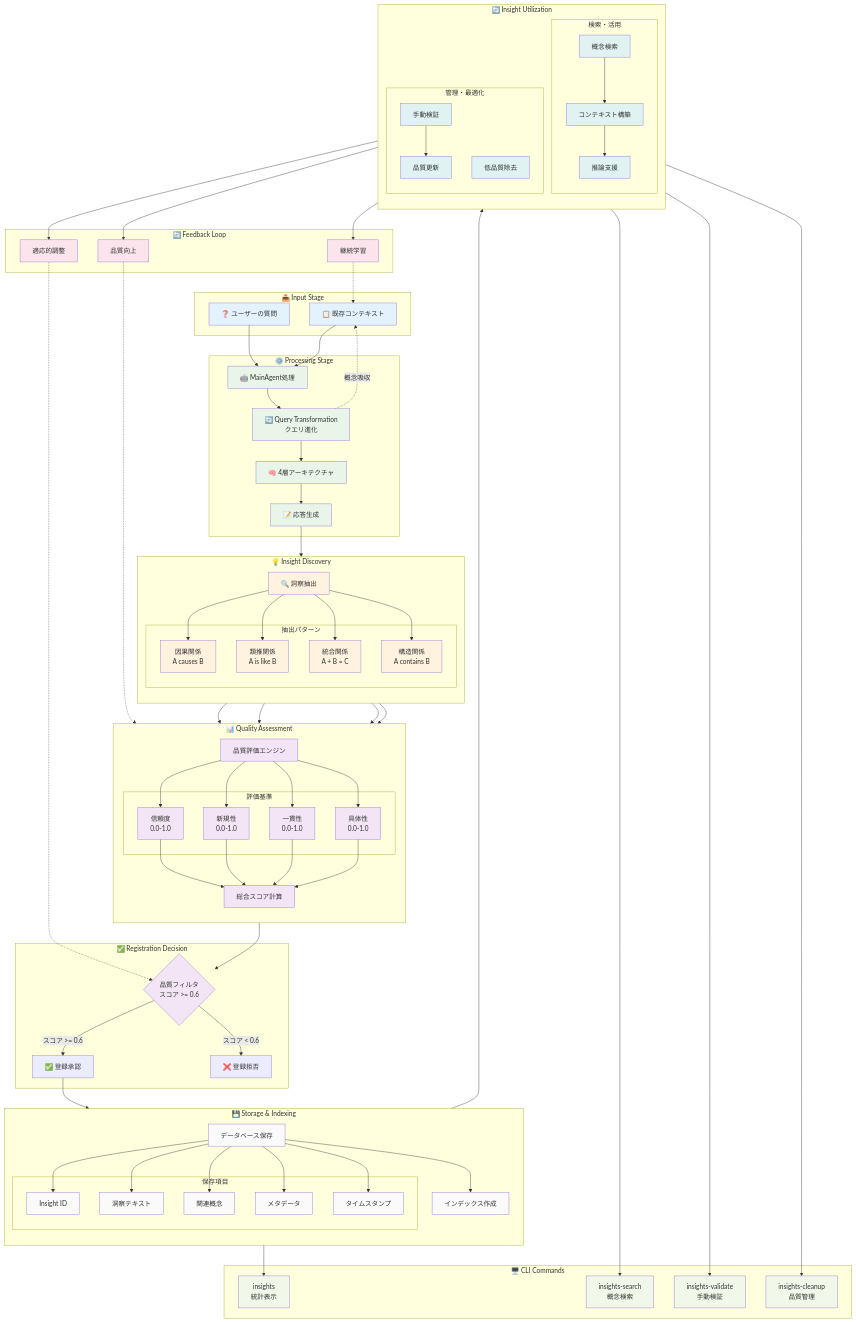
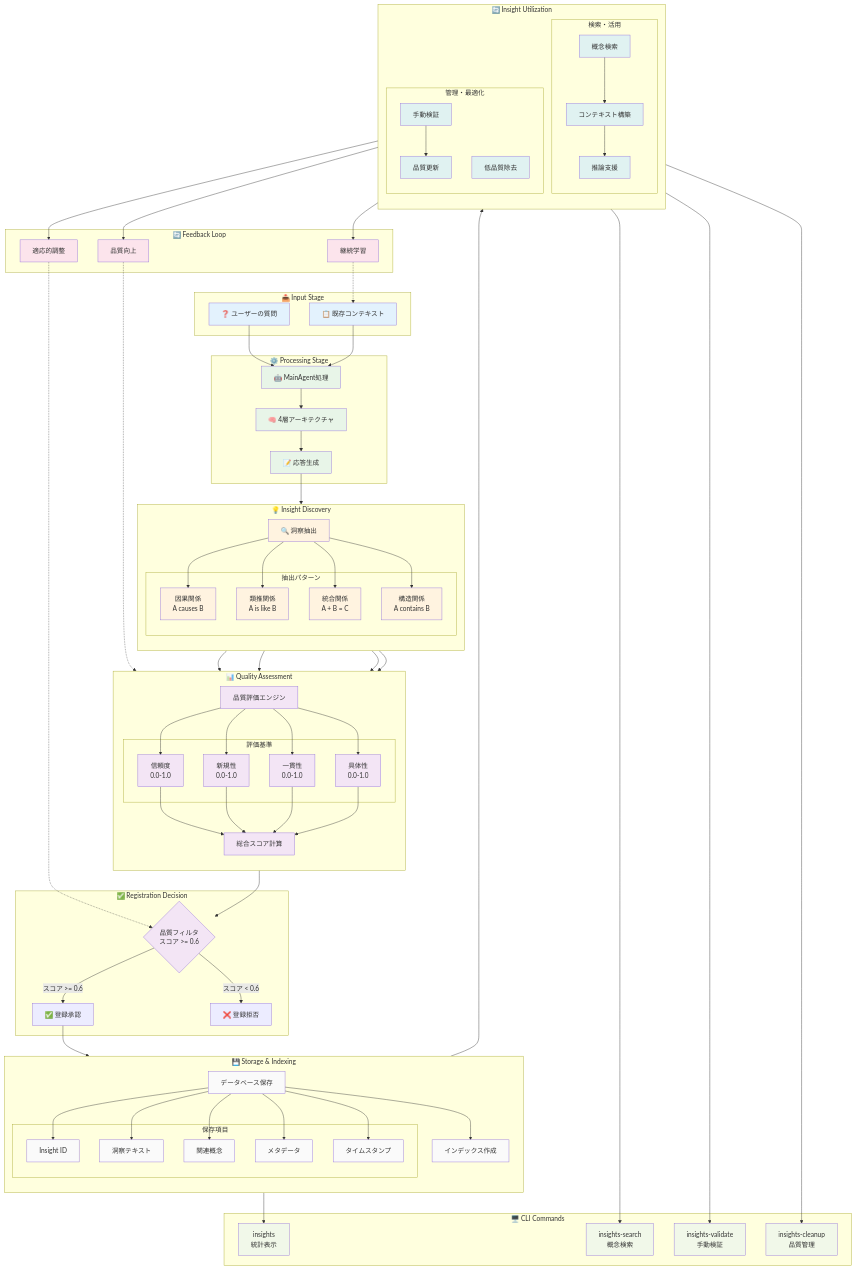
One commit to miyauchikazuyoshi/InsightSpike-AI changed the diagram in docs/diagrams/INSIGHT_LIFECYCLE.mermaid. Above: the diagram before and after it, drawn with Mermaid. The commit also changed 429 other files, not shown here.

First line of the commit message:
feat: Major refactoring - migrate to Pydantic config and reorganize architecture

```diff
--- a/docs/diagrams/INSIGHT_LIFECYCLE.mermaid
+++ b/docs/diagrams/INSIGHT_LIFECYCLE.mermaid
@@ -1,177 +1,174 @@
 %% Insight Lifecycle Flow
 %% 洞察の発見から活用までのライフサイクル
 
 flowchart TD
     %% Input Stage
     subgraph "📥 Input Stage"
         Question[❓ ユーザーの質問]
         Context[📋 既存コンテキスト]
     end
     
     %% Processing Stage
     subgraph "⚙️ Processing Stage"
         Agent[🤖 MainAgent処理]
-        QT[🔄 Query Transformation<br/>クエリ進化]
         Layers[🧠 4層アーキテクチャ]
         Response[📝 応答生成]
     end
     
     %% Insight Discovery
     subgraph "💡 Insight Discovery"
         direction TB
         Extract[🔍 洞察抽出]
         
         subgraph "抽出パターン"
             Pattern1[因果関係<br/>A causes B]
             Pattern2[類推関係<br/>A is like B]
             Pattern3[統合関係<br/>A + B = C]
             Pattern4[構造関係<br/>A contains B]
         end
         
         Extract --> Pattern1
         Extract --> Pattern2
         Extract --> Pattern3
         Extract --> Pattern4
     end
     
     %% Quality Assessment
     subgraph "📊 Quality Assessment"
         direction TB
         Evaluate[品質評価エンジン]
         
         subgraph "評価基準"
             Conf[信頼度<br/>0.0-1.0]
             Novel[新規性<br/>0.0-1.0]
             Coher[一貫性<br/>0.0-1.0]
             Spec[具体性<br/>0.0-1.0]
         end
         
         Evaluate --> Conf
         Evaluate --> Novel
         Evaluate --> Coher
         Evaluate --> Spec
         
         Score[総合スコア計算]
         Conf --> Score
         Novel --> Score
         Coher --> Score
         Spec --> Score
     end
     
     %% Registration Decision
     subgraph "✅ Registration Decision"
         Filter{品質フィルタ<br/>スコア >= 0.6}
         Accept[✅ 登録承認]
         Reject[❌ 登録拒否]
     end
     
     %% Storage & Indexing
     subgraph "💾 Storage & Indexing"
         direction TB
         Store[データベース保存]
         Index[インデックス作成]
         
         subgraph "保存項目"
             ID[Insight ID]
             Text[洞察テキスト]
             Concepts[関連概念]
             Meta[メタデータ]
             Timestamp[タイムスタンプ]
         end
         
         Store --> ID
         Store --> Text
         Store --> Concepts
         Store --> Meta
         Store --> Timestamp
     end
     
     %% Insight Utilization
     subgraph "🔄 Insight Utilization"
         direction TB
         
         subgraph "検索・活用"
             Search[概念検索]
             Context_Build[コンテキスト構築]
             Reasoning[推論支援]
         end
         
         subgraph "管理・最適化"
             Validate[手動検証]
             Update[品質更新]
             Cleanup[低品質除去]
         end
     end
     
     %% Feedback Loop
     subgraph "🔄 Feedback Loop"
         Learn[継続学習]
         Improve[品質向上]
         Adapt[適応的調整]
     end
     
     %% Flow Connections
     Question --> Agent
     Context --> Agent
-    Agent --> QT
-    QT --> Layers
-    QT -.->|概念吸収| Context
+    Agent --> Layers
     Layers --> Response
     Response --> Extract
     
     Pattern1 --> Evaluate
     Pattern2 --> Evaluate
     Pattern3 --> Evaluate
     Pattern4 --> Evaluate
     
     Score --> Filter
     Filter -->|スコア >= 0.6| Accept
     Filter -->|スコア < 0.6| Reject
     
     Accept --> Store
     Store --> Index
     Index --> Search
     
     Search --> Context_Build
     Context_Build --> Reasoning
     Reasoning --> Learn
     
     Validate --> Update
     Update --> Improve
     Cleanup --> Adapt
     
     Learn -.-> Context
     Improve -.-> Evaluate
     Adapt -.-> Filter
     
     %% CLI Commands Integration
     subgraph "🖥️ CLI Commands"
         CMD1[insights<br/>統計表示]
         CMD2[insights-search<br/>概念検索]
         CMD3[insights-validate<br/>手動検証]
         CMD4[insights-cleanup<br/>品質管理]
     end
     
     Index --> CMD1
     Search --> CMD2
     Validate --> CMD3
     Cleanup --> CMD4
     
     %% Styling
     classDef input fill:#e3f2fd
     classDef process fill:#e8f5e8
     classDef discovery fill:#fff3e0
     classDef quality fill:#f3e5f5
     classDef storage fill:#fafafa
     classDef utilization fill:#e0f2f1
     classDef feedback fill:#fce4ec
     classDef cli fill:#f1f8e9
     
     class Question,Context input
     class Agent,QT,Layers,Response process
     class Extract,Pattern1,Pattern2,Pattern3,Pattern4 discovery
     class Evaluate,Conf,Novel,Coher,Spec,Score,Filter quality
     class Store,Index,ID,Text,Concepts,Meta,Timestamp storage
     class Search,Context_Build,Reasoning,Validate,Update,Cleanup utilization
     class Learn,Improve,Adapt feedback
     class CMD1,CMD2,CMD3,CMD4 cli
```
